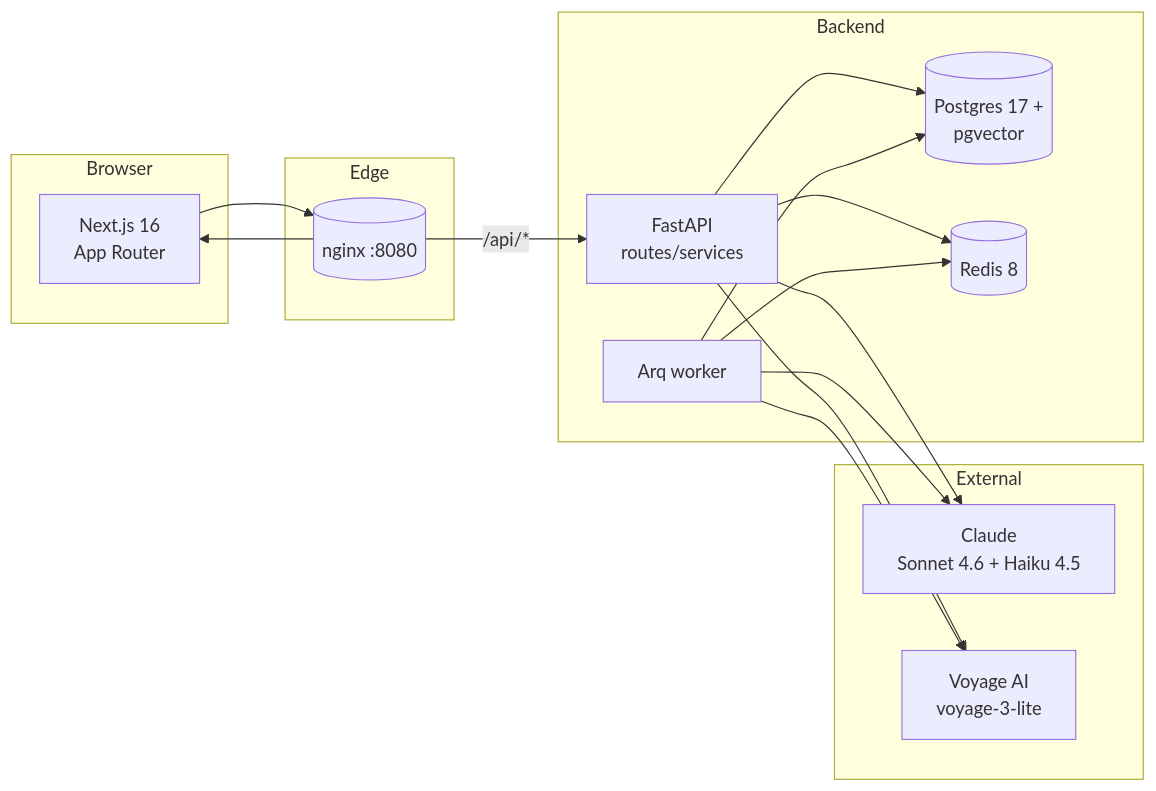
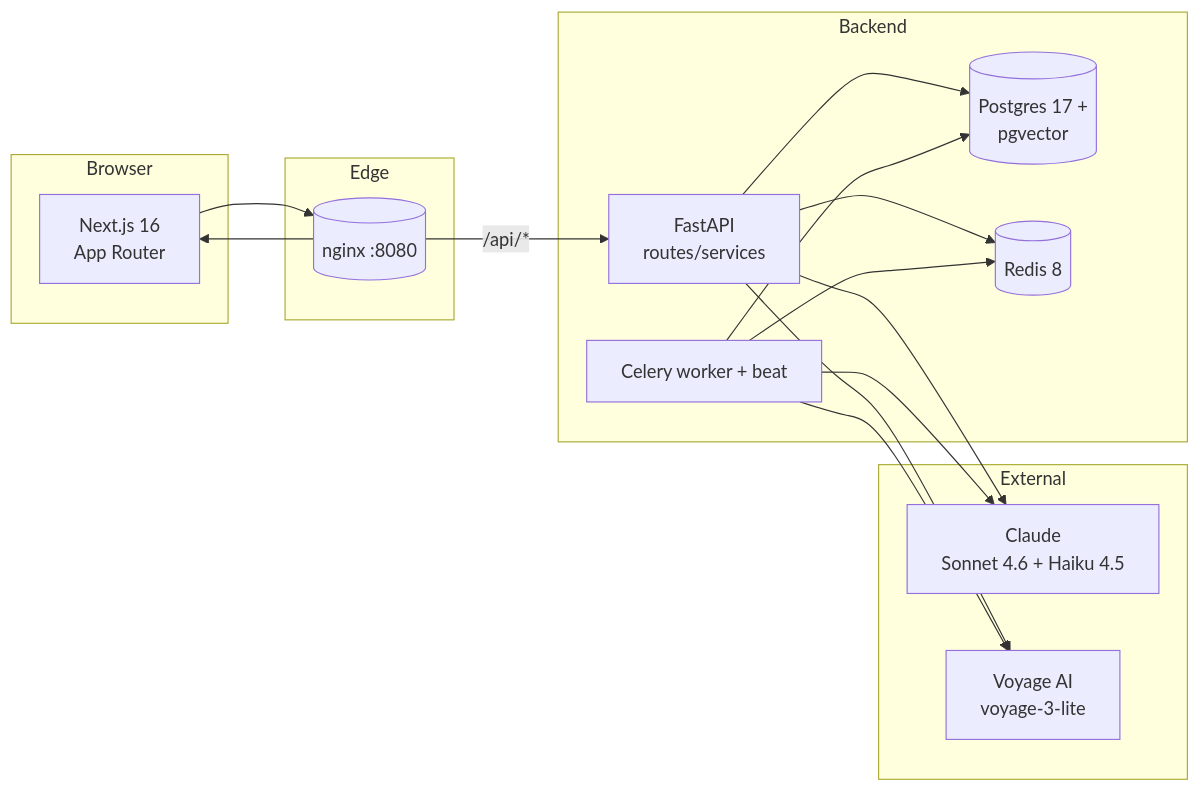
The first of 3 diagrams in docs/ARCHITECTURE.md (dev-pd/evercurrent), drawn with Mermaid before and after one commit. The commit also changed other lines of this file and 18 other files, not shown here.

````diff
--- a/docs/ARCHITECTURE.md
+++ b/docs/ARCHITECTURE.md
@@ -5,30 +5,30 @@
 ```mermaid
 flowchart LR
     subgraph Browser
         Web[Next.js 16<br/>App Router]
     end
     subgraph Edge
         Nginx[(nginx :8080)]
     end
     subgraph Backend
         API[FastAPI<br/>routes/services]
-        Worker[Arq worker]
+        Worker[Celery worker + beat]
         DB[(Postgres 17 +<br/>pgvector)]
         Redis[(Redis 8)]
     end
     subgraph External
         Anthropic[Claude<br/>Sonnet 4.6 + Haiku 4.5]
         Voyage[Voyage AI<br/>voyage-3-lite]
     end
     Web --> Nginx
     Nginx --> Web
     Nginx -->|/api/*| API
     API --> DB
     API --> Redis
     API --> Anthropic
     API --> Voyage
     Worker --> DB
     Worker --> Redis
     Worker --> Anthropic
     Worker --> Voyage
 ```
````
